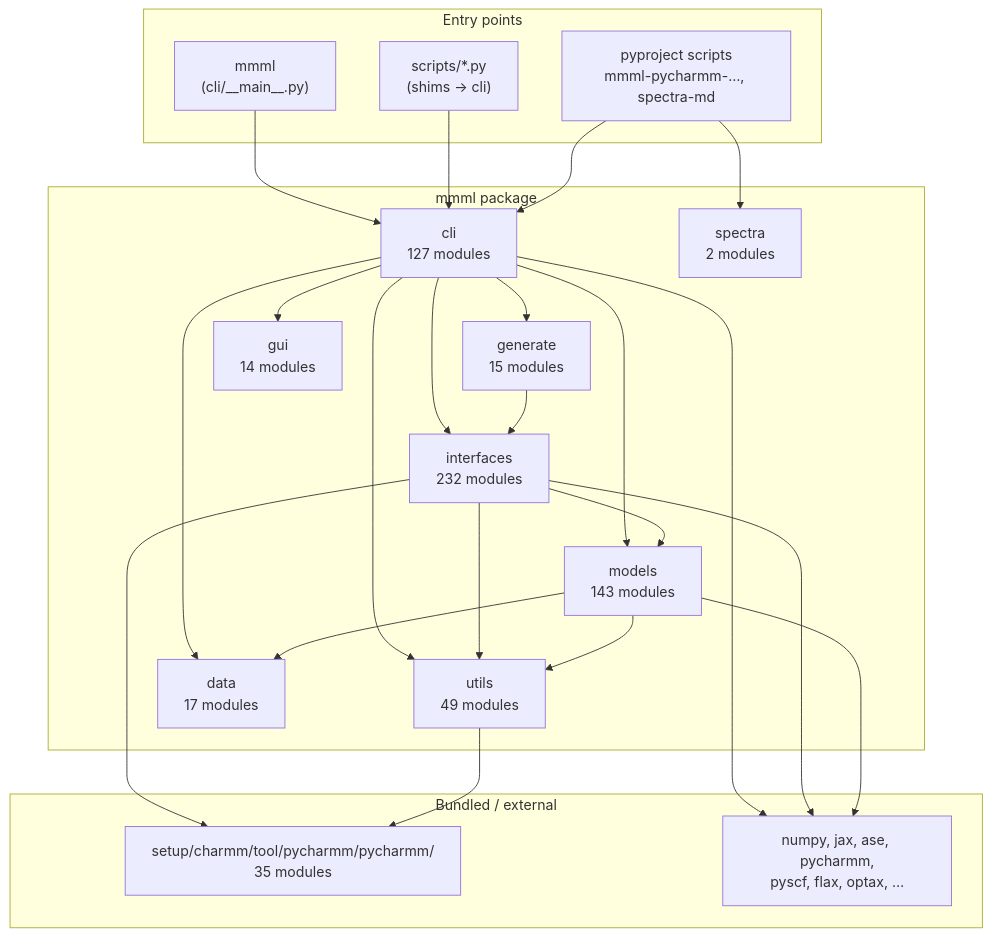
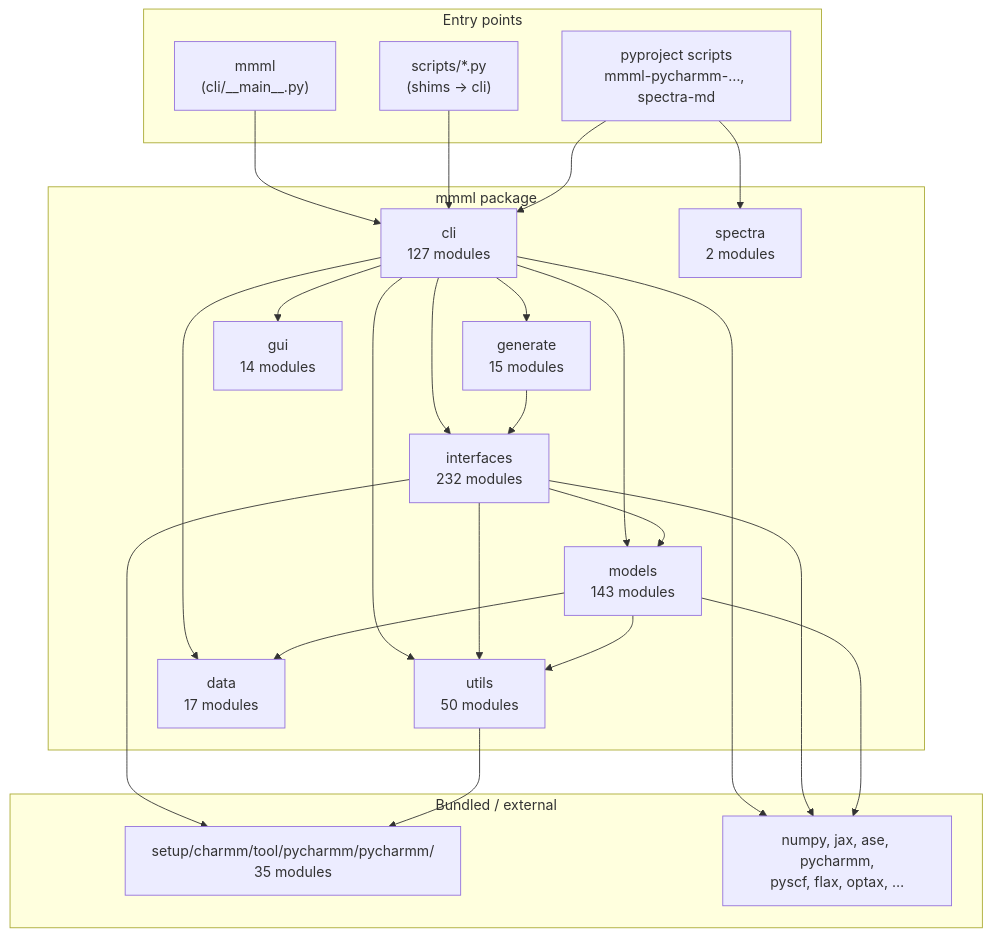
One commit to EricBoittier/mmml changed the first of 8 diagrams in docs/package-architecture.md. Above: the diagram before and after it, drawn with Mermaid. The commit also changed 1 other file, not shown here.

Commit message:
docs: regenerate CLI and package-architecture docs
Both currency tests were failing on this branch. Regenerated only; no hand edits.

````diff
--- a/docs/package-architecture.md
+++ b/docs/package-architecture.md
@@ -13,48 +13,48 @@
 ```mermaid
 flowchart TB
   subgraph entry["Entry points"]
     MMML["mmml\n(cli/__main__.py)"]
     SCRIPTS["scripts/*.py\n(shims → cli)"]
     PKG["pyproject scripts\nmmml-pycharmm-…, spectra-md"]
   end
 
   subgraph mmml_pkg["mmml package"]
     CLI["cli\n127 modules"]
     IFACE["interfaces\n232 modules"]
     MODELS["models\n143 modules"]
-    UTILS["utils\n49 modules"]
+    UTILS["utils\n50 modules"]
     DATA["data\n17 modules"]
     GEN["generate\n15 modules"]
     GUI["gui\n14 modules"]
     SPEC["spectra\n2 modules"]
   end
 
   subgraph vendor["Bundled / external"]
     PYCH["setup/charmm/tool/pycharmm/pycharmm/\n35 modules"]
     EXT["numpy, jax, ase, pycharmm,\npyscf, flax, optax, …"]
   end
 
   MMML --> CLI
   SCRIPTS --> CLI
   PKG --> CLI
   PKG --> SPEC
 
   CLI --> IFACE
   CLI --> MODELS
   CLI --> DATA
   CLI --> UTILS
   CLI --> GEN
   CLI --> GUI
 
   IFACE --> MODELS
   IFACE --> UTILS
   IFACE --> PYCH
   MODELS --> UTILS
   MODELS --> DATA
   UTILS --> PYCH
   GEN --> IFACE
 
   CLI --> EXT
   IFACE --> EXT
   MODELS --> EXT
 ```
````
